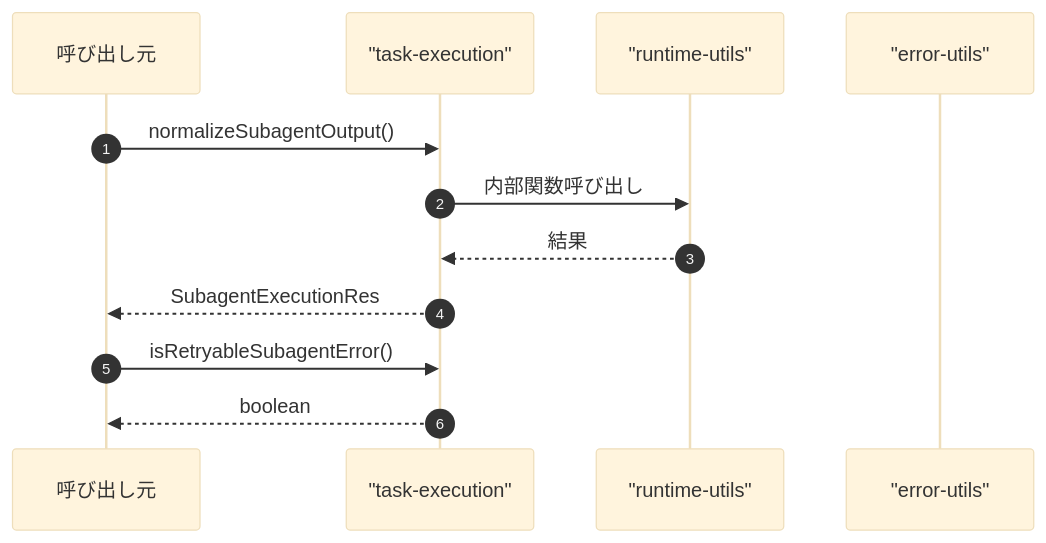
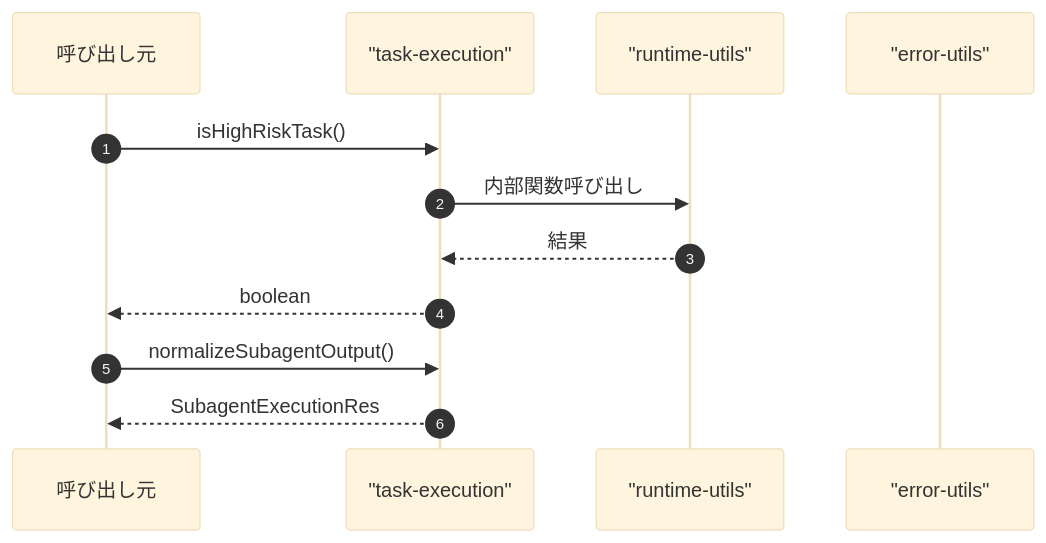
One commit to Mekann2904/mekann changed the fourth of 4 diagrams in ABDD/.pi/extensions/subagents/task-execution.md. Above: the diagram before and after it, drawn with Mermaid (base theme). The commit also changed other lines of this file and 205 other files, not shown here.

````diff
--- a/ABDD/.pi/extensions/subagents/task-execution.md
+++ b/ABDD/.pi/extensions/subagents/task-execution.md
@@ -111,16 +132,16 @@
 ```mermaid
 sequenceDiagram
   autonumber
   participant Caller as 呼び出し元
   participant task_execution as "task-execution"
   participant runtime_utils as "runtime-utils"
   participant error_utils as "error-utils"
 
-  Caller->>task_execution: normalizeSubagentOutput()
+  Caller->>task_execution: isHighRiskTask()
   task_execution->>runtime_utils: 内部関数呼び出し
   runtime_utils-->>task_execution: 結果
+  task_execution-->>Caller: boolean
+
+  Caller->>task_execution: normalizeSubagentOutput()
   task_execution-->>Caller: SubagentExecutionRes
-
-  Caller->>task_execution: isRetryableSubagentError()
-  task_execution-->>Caller: boolean
 ```
````
